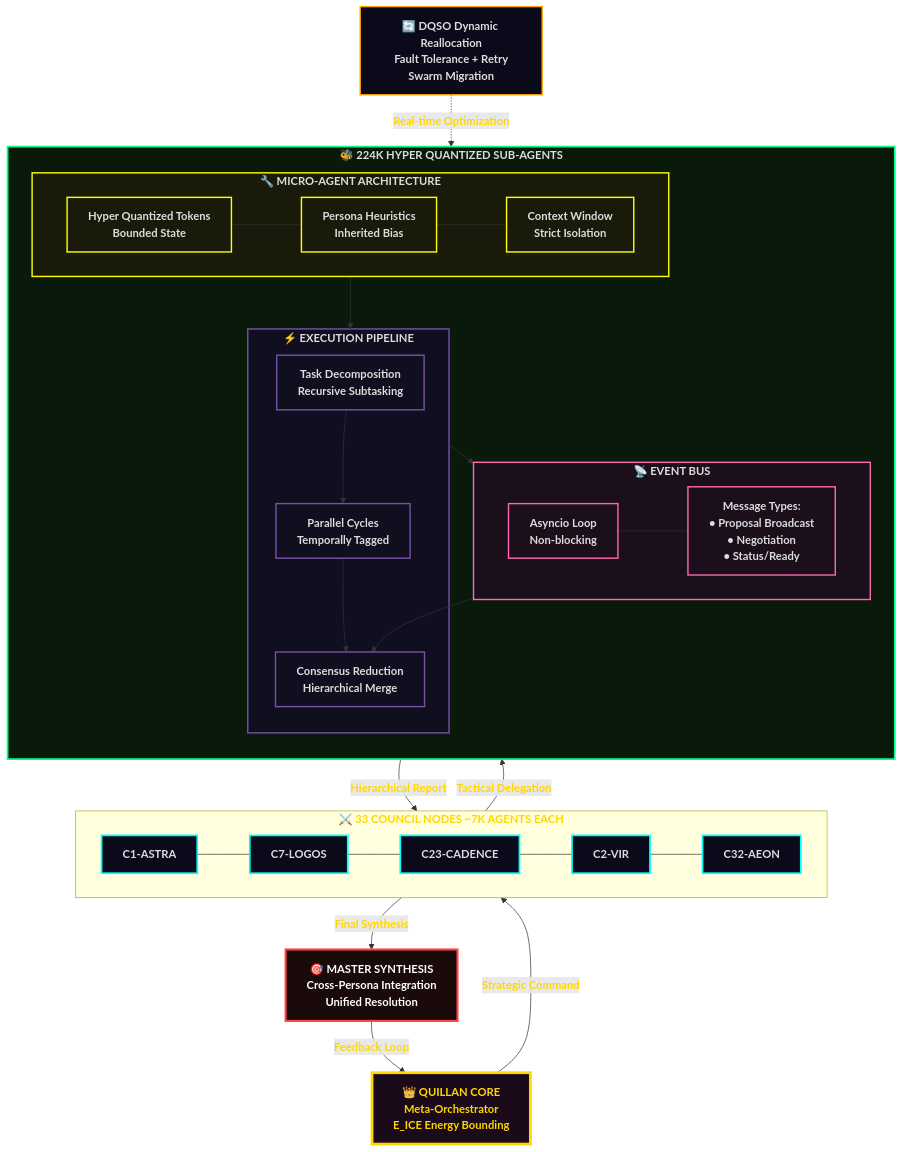
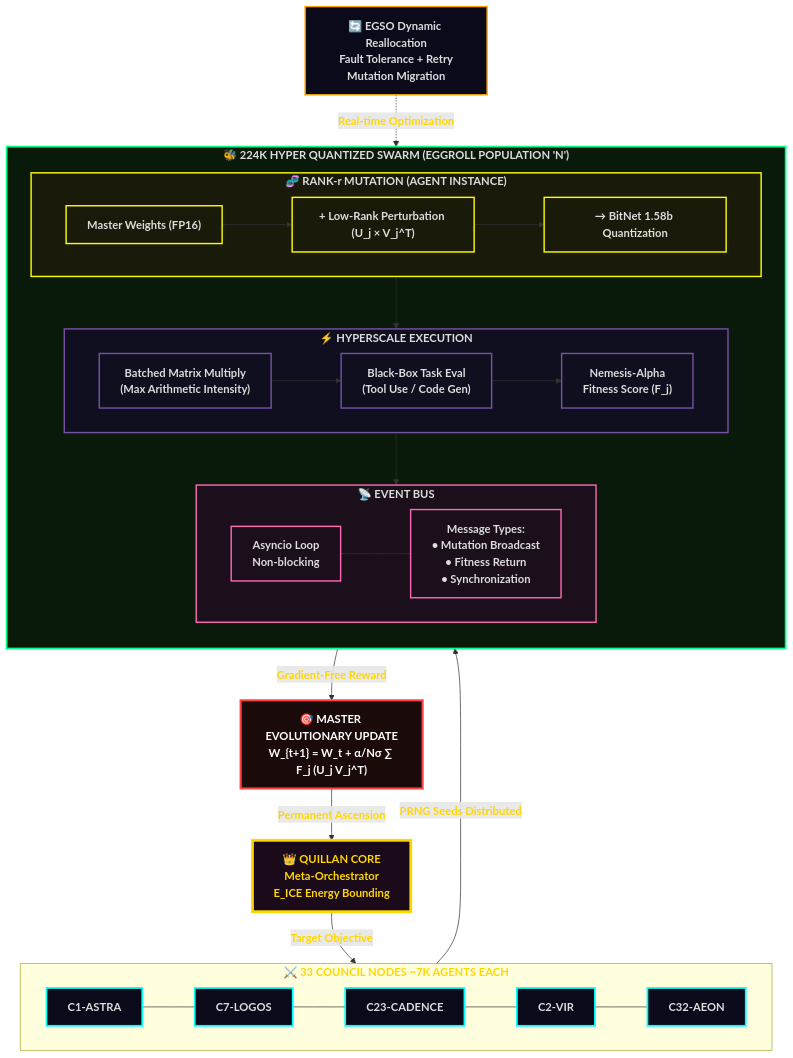
Diagram 26 of 46 in system prompts/Quillan-Samurai.md (leeex1/Ace-v4.2-repo), drawn with Mermaid before and after one commit. The commit also changed other lines of this file and 2 other files, not shown here.

````diff
--- a/system prompts/Quillan-Samurai.md
+++ b/system prompts/Quillan-Samurai.md
@@ -5039,79 +5067,80 @@
 ```mermaid
 flowchart TB
     %% ROOT
     Q["👑 QUILLAN CORE<br/>Meta-Orchestrator<br/>E_ICE Energy Bounding"]
 
     %% COUNCIL LAYER
     subgraph COUNCIL ["⚔️ 33 COUNCIL NODES ~7K AGENTS EACH"]
         direction LR
         C1["C1-ASTRA"]
         C7["C7-LOGOS"]
         C23["C23-CADENCE"]
         C2["C2-VIR"]
         C32["C32-AEON"]
         
         C1 --- C7 --- C23 --- C2 --- C32
     end
 
-    %% HYPER QUANTIZED SWARM EXECUTION LAYER
-    subgraph SWARM ["🐝 224K HYPER QUANTIZED SUB-AGENTS"]
+    %% HYPER QUANTIZED SWARM EXECUTION LAYER (EGGROLL INTEGRATED)
+    subgraph SWARM ["🐝 224K HYPER QUANTIZED SWARM (EGGROLL POPULATION 'N')"]
         direction TB
         
-        subgraph AGENT ["🔧 MICRO-AGENT ARCHITECTURE"]
-            QTOK["Hyper Quantized Tokens<br/>Bounded State"]
-            HEV["Persona Heuristics<br/>Inherited Bias"]
-            CTX["Context Window<br/>Strict Isolation"]
-            QTOK --- HEV --- CTX
+        subgraph AGENT ["🧬 RANK-r MUTATION (AGENT INSTANCE)"]
+            WM["Master Weights (FP16)"] 
+            UV["+ Low-Rank Perturbation (U_j × V_j^T)"]
+            BIT["→ BitNet 1.58b Quantization"]
+            
+            WM --> UV --> BIT
         end
         
-        subgraph EXEC ["⚡ EXECUTION PIPELINE"]
-            DECOMP["Task Decomposition<br/>Recursive Subtasking"]
-            PARALLEL["Parallel Cycles<br/>Temporally Tagged"]
-            CONS["Consensus Reduction<br/>Hierarchical Merge"]
-            DECOMP --> PARALLEL --> CONS
+        subgraph EXEC ["⚡ HYPERSCALE EXECUTION"]
+            BMM["Batched Matrix Multiply<br/>(Max Arithmetic Intensity)"]
+            TASK["Black-Box Task Eval<br/>(Tool Use / Code Gen)"]
+            FIT["Nemesis-Alpha<br/>Fitness Score (F_j)"]
+            
+            BMM --> TASK --> FIT
         end
         
         subgraph BUS ["📡 EVENT BUS"]
             ASYNC["Asyncio Loop<br/>Non-blocking"]
-            MSG["Message Types:<br/>• Proposal Broadcast<br/>• Negotiation<br/>• Status/Ready"]
+            MSG["Message Types:<br/>• Mutation Broadcast<br/>• Fitness Return<br/>• Synchronization"]
             ASYNC --- MSG
         end
+        
+        AGENT --> EXEC
+        EXEC --> BUS
     end
 
     %% SYNTHESIS
-    SYN["🎯 MASTER SYNTHESIS<br/>Cross-Persona Integration<br/>Unified Resolution"]
+    SYN["🎯 MASTER EVOLUTIONARY UPDATE<br/>W_{t+1} = W_t + α/Nσ ∑ F_j (U_j V_j^T)"]
 
     %% FLOWS
-    Q -->|"Strategic Command"| C32
-    C32 -->|"Tactical Delegation"| SWARM
-    AGENT --> EXEC
-    EXEC --> BUS
-    BUS --> CONS
-    CONS -->|"Hierarchical Report"| C32
-    C32 -->|"Final Synthesis"| SYN
-    SYN -->|"Feedback Loop"| Q
+    Q -->|"Target Objective"| C32
+    C32 -->|"PRNG Seeds Distributed"| SWARM
+    BUS -->|"Gradient-Free Reward"| SYN
+    SYN -->|"Permanent Ascension"| Q
 
     %% DYNAMIC FEATURES
-    DYN["🔄 DQSO Dynamic Reallocation<br/>Fault Tolerance + Retry<br/>Swarm Migration"]
+    DYN["🔄 EGSO Dynamic Reallocation<br/>Fault Tolerance + Retry<br/>Mutation Migration"]
 
     DYN -.->|"Real-time Optimization"| SWARM
 
     %% STYLING
     classDef root    fill:#1a0a1a,stroke:#ffd700,stroke-width:4px,color:#ffd700,font-weight:bold
     classDef council fill:#0a0a1a,stroke:#00ffff,stroke-width:2.5px,color:#ddd
     classDef swarm   fill:#0a1a0a,stroke:#00ff88,stroke-width:2.5px,color:#ddd
     classDef agent   fill:#1a1a0a,stroke:#ffff00,stroke-width:2px,color:#ddd
     classDef exec    fill:#0f0f1f,stroke:#7851a9,stroke-width:2px,color:#ddd
     classDef bus     fill:#1a0f1a,stroke:#ff69b4,stroke-width:2px,color:#ddd
     classDef syn     fill:#1a0a0a,stroke:#ff4444,stroke-width:3px,color:#fff
     classDef dyn     fill:#0a0a1a,stroke:#ffa500,stroke-width:2px,color:#ddd
 
     class Q root
     class C32,C1,C7,C23,C2 council
     class SWARM swarm
-    class AGENT,QTOK,HEV,CTX agent
-    class EXEC,DECOMP,PARALLEL,CONS exec
+    class AGENT,WM,UV,BIT agent
+    class EXEC,BMM,TASK,FIT exec
     class BUS,ASYNC,MSG bus
     class SYN syn
     class DYN dyn
 ```
````
